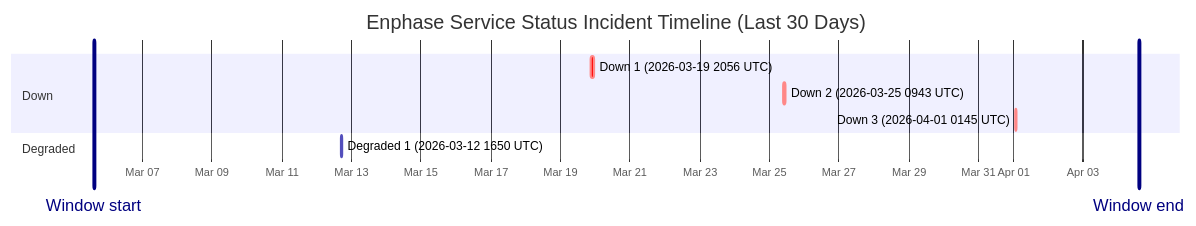
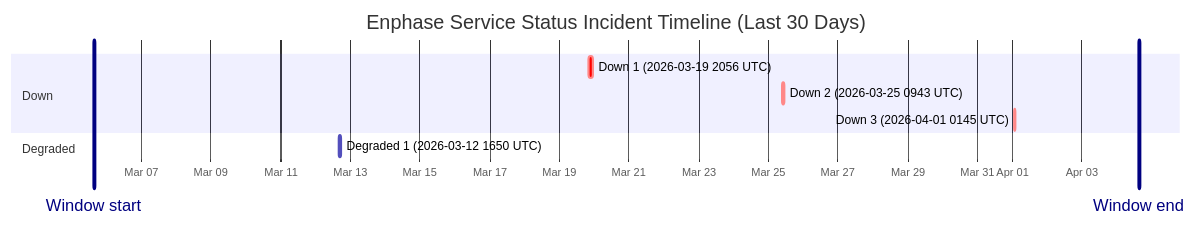
One commit to barneyonline/ha-enphase-ev-charger changed the diagram in wiki/Service-Status-History.md. Above: the diagram before and after it, drawn with Mermaid. The commit also changed other lines of this file and 3 other files, not shown here.

````diff
--- a/wiki/Service-Status-History.md
+++ b/wiki/Service-Status-History.md
@@ -14,14 +14,14 @@
 ```mermaid
 gantt
     title Enphase Service Status Incident Timeline (Last 30 Days)
     dateFormat  YYYY-MM-DDTHH:mm:ss
     axisFormat  %b %d
-    Window start :vert, window-start, 2026-03-05T14:32:57, 0ms
-    Window end :vert, window-end, 2026-04-04T14:32:57, 0ms
+    Window start :vert, window-start, 2026-03-05T15:31:05, 0ms
+    Window end :vert, window-end, 2026-04-04T15:31:05, 0ms
     section Down
     Down 1 (2026-03-19 2056 UTC) :crit, down-1, 2026-03-19T20:56:20, 145m
     Down 2 (2026-03-25 0943 UTC) :crit, down-2, 2026-03-25T09:43:28, 111m
     Down 3 (2026-04-01 0145 UTC) :crit, down-3, 2026-04-01T01:45:09, 60m
     section Degraded
     Degraded 1 (2026-03-12 1650 UTC) :active, degraded-1, 2026-03-12T16:50:43, 60m
 ```
````
